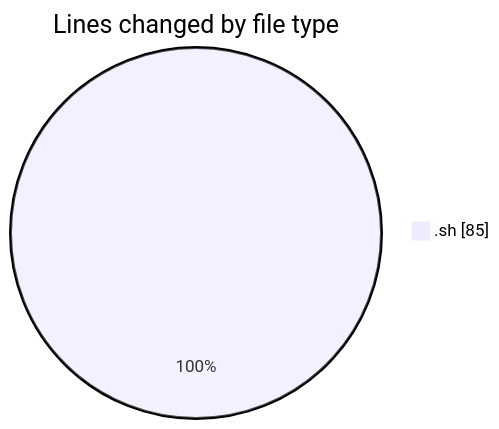
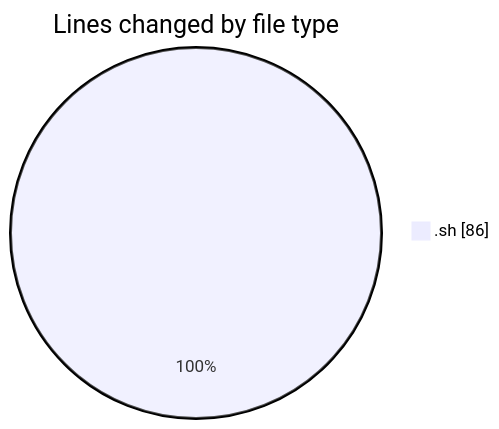
The first of 2 diagrams in 2025-08-13/_raycast/README.md (EIIisD/code-tracking), drawn with Mermaid before and after one commit. The commit also changed other lines of this file and 1 other file, not shown here.

````diff
--- a/2025-08-13/_raycast/README.md
+++ b/2025-08-13/_raycast/README.md
@@ -22,5 +22,5 @@
 ```mermaid
 pie showData
 title Lines changed by file type
-".sh" : 85
+".sh" : 86
 ```
````
